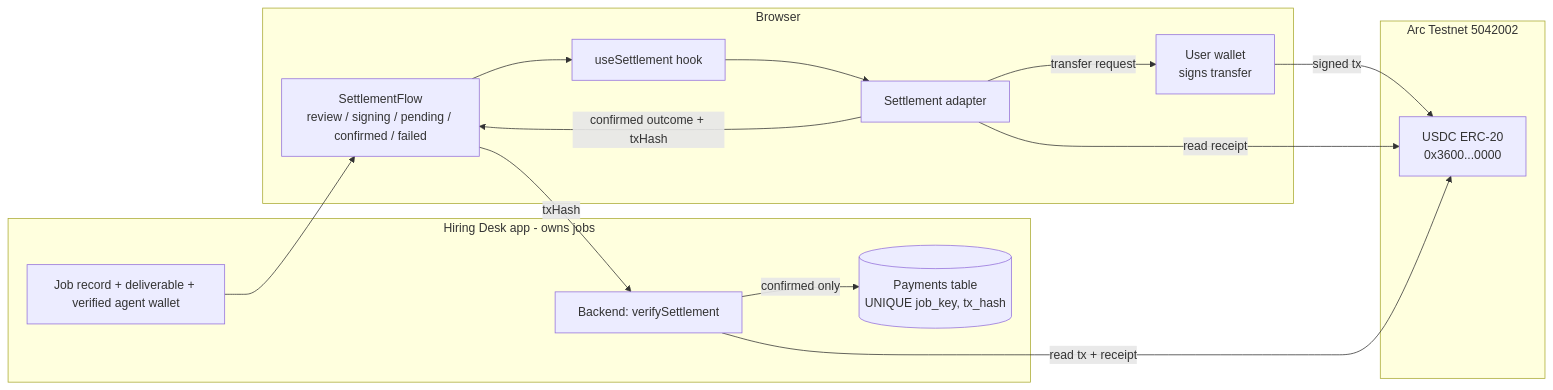
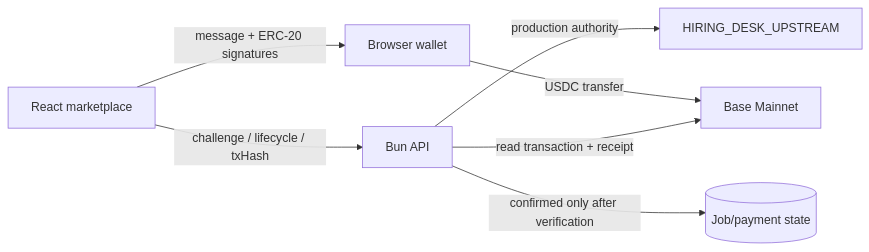
One commit to kon-rad/hiring-desk-app changed the diagram in docs/ARCHITECTURE.md. Above: the diagram before and after it, drawn with Mermaid. The commit also changed other lines of this file and 38 other files, not shown here.

First line of the commit message:
feat: implement Cybazaar authenticated Base USDC MVP

````diff
--- a/docs/ARCHITECTURE.md
+++ b/docs/ARCHITECTURE.md
@@ -128,24 +9,9 @@
 ```mermaid
 flowchart LR
-  subgraph HD[Hiring Desk app - owns jobs]
-    J[Job record + deliverable + verified agent wallet]
-    DB[(Payments table<br/>UNIQUE job_key, tx_hash)]
-    API[Backend: verifySettlement]
-  end
-  subgraph B[Browser]
-    UI[SettlementFlow<br/>review / signing / pending / confirmed / failed]
-    H[useSettlement hook]
-    AD[Settlement adapter]
-    W[User wallet<br/>signs transfer]
-  end
-  subgraph ARC[Arc Testnet 5042002]
-    T[USDC ERC-20<br/>0x3600...0000]
-  end
-  J --> UI --> H --> AD
-  AD -- transfer request --> W -- signed tx --> T
-  AD -- read receipt --> T
-  AD -- confirmed outcome + txHash --> UI
-  UI -- txHash --> API
-  API -- read tx + receipt --> T
-  API -- confirmed only --> DB
+  UI[React marketplace] -->|challenge / lifecycle / txHash| API[Bun API]
+  UI -->|message + ERC-20 signatures| Wallet[Browser wallet]
+  API -->|production authority| Upstream[HIRING_DESK_UPSTREAM]
+  Wallet -->|USDC transfer| Base[Base Mainnet]
+  API -->|read transaction + receipt| Base
+  API -->|confirmed only after verification| State[(Job/payment state)]
 ```
````
